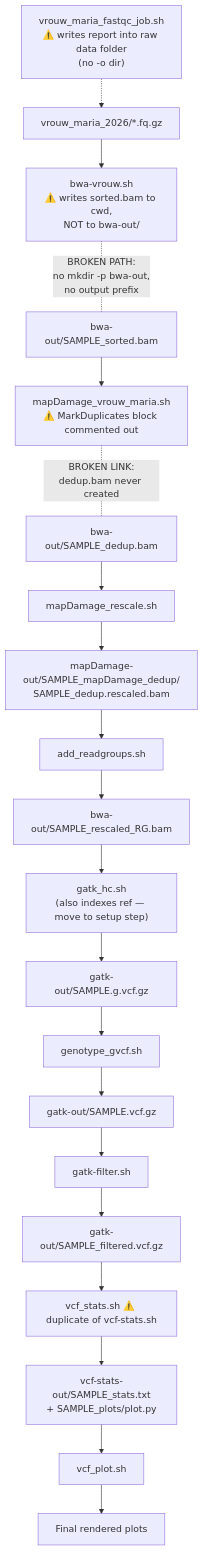
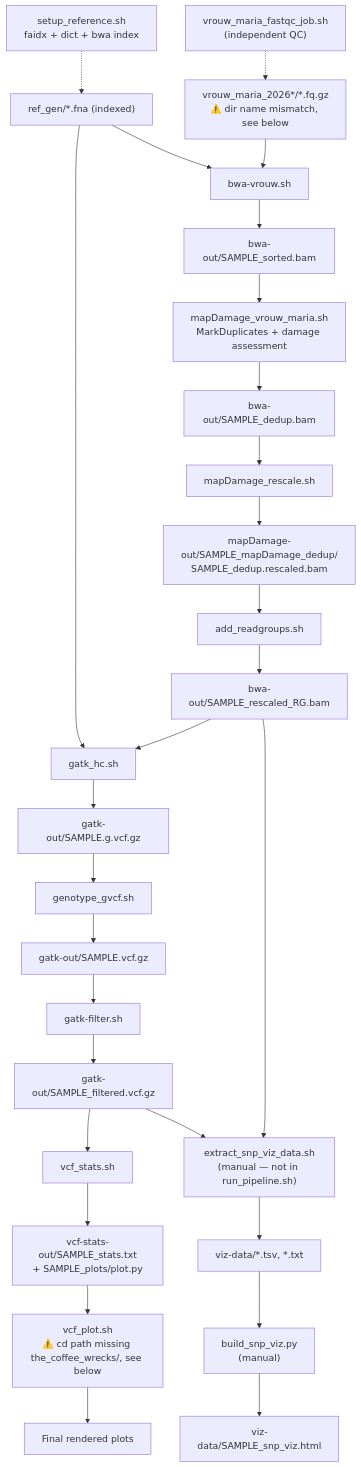
The diagram in PIPELINE.md (waahtoeerp/the_coffee_wrecks), drawn with Mermaid before and after one commit. The commit also changed other lines of this file and 3 other files, not shown here.

````diff
--- a/PIPELINE.md
+++ b/PIPELINE.md
@@ -2,25 +5,30 @@
 ```mermaid
 flowchart TD
-    Z["vrouw_maria_fastqc_job.sh\n⚠️ writes report into raw data folder\n(no -o dir)"] -.-> RAW["vrouw_maria_2026/*.fq.gz"]
-    RAW --> A["bwa-vrouw.sh\n⚠️ writes sorted.bam to cwd,\nNOT to bwa-out/"]
-    A -.-|"BROKEN PATH:\nno mkdir -p bwa-out,\nno output prefix"| B["bwa-out/SAMPLE_sorted.bam"]
-    B --> C["mapDamage_vrouw_maria.sh\n⚠️ MarkDuplicates block commented out"]
-    C -.-|"BROKEN LINK:\ndedup.bam never created"| D["bwa-out/SAMPLE_dedup.bam"]
+    S["setup_reference.sh\nfaidx + dict + bwa index"] -.-> REF["ref_gen/*.fna (indexed)"]
+    Z["vrouw_maria_fastqc_job.sh\n(independent QC)"] -.-> RAW["vrouw_maria_2026*/*.fq.gz\n⚠️ dir name mismatch, see below"]
+    REF --> A["bwa-vrouw.sh"]
+    RAW --> A
+    A --> B["bwa-out/SAMPLE_sorted.bam"]
+    B --> C["mapDamage_vrouw_maria.sh\nMarkDuplicates + damage assessment"]
+    C --> D["bwa-out/SAMPLE_dedup.bam"]
     D --> E["mapDamage_rescale.sh"]
     E --> F["mapDamage-out/SAMPLE_mapDamage_dedup/\nSAMPLE_dedup.rescaled.bam"]
     F --> G["add_readgroups.sh"]
     G --> H["bwa-out/SAMPLE_rescaled_RG.bam"]
-    H --> I["gatk_hc.sh\n(also indexes ref — move to setup step)"]
+    REF --> I
+    H --> I["gatk_hc.sh"]
     I --> J["gatk-out/SAMPLE.g.vcf.gz"]
     J --> K["genotype_gvcf.sh"]
     K --> L["gatk-out/SAMPLE.vcf.gz"]
     L --> M["gatk-filter.sh"]
     M --> N["gatk-out/SAMPLE_filtered.vcf.gz"]
-    N --> O["vcf_stats.sh ⚠️ duplicate of vcf-stats.sh"]
+    N --> O["vcf_stats.sh"]
     O --> P["vcf-stats-out/SAMPLE_stats.txt\n+ SAMPLE_plots/plot.py"]
-    P --> Q["vcf_plot.sh"]
+    P --> Q["vcf_plot.sh\n⚠️ cd path missing the_coffee_wrecks/, see below"]
     Q --> R["Final rendered plots"]
-
-
-
+    N --> X["extract_snp_viz_data.sh\n(manual — not in run_pipeline.sh)"]
+    H --> X
+    X --> Y["viz-data/*.tsv, *.txt"]
+    Y --> W["build_snp_viz.py\n(manual)"]
+    W --> V["viz-data/SAMPLE_snp_viz.html"]
 ```
````
